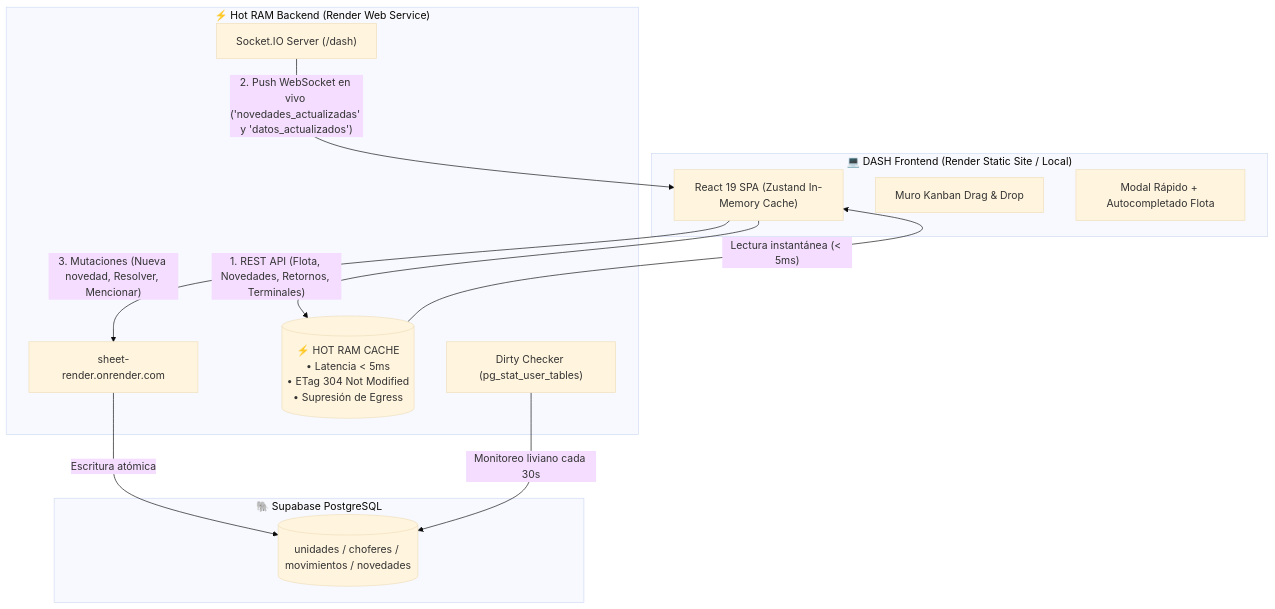
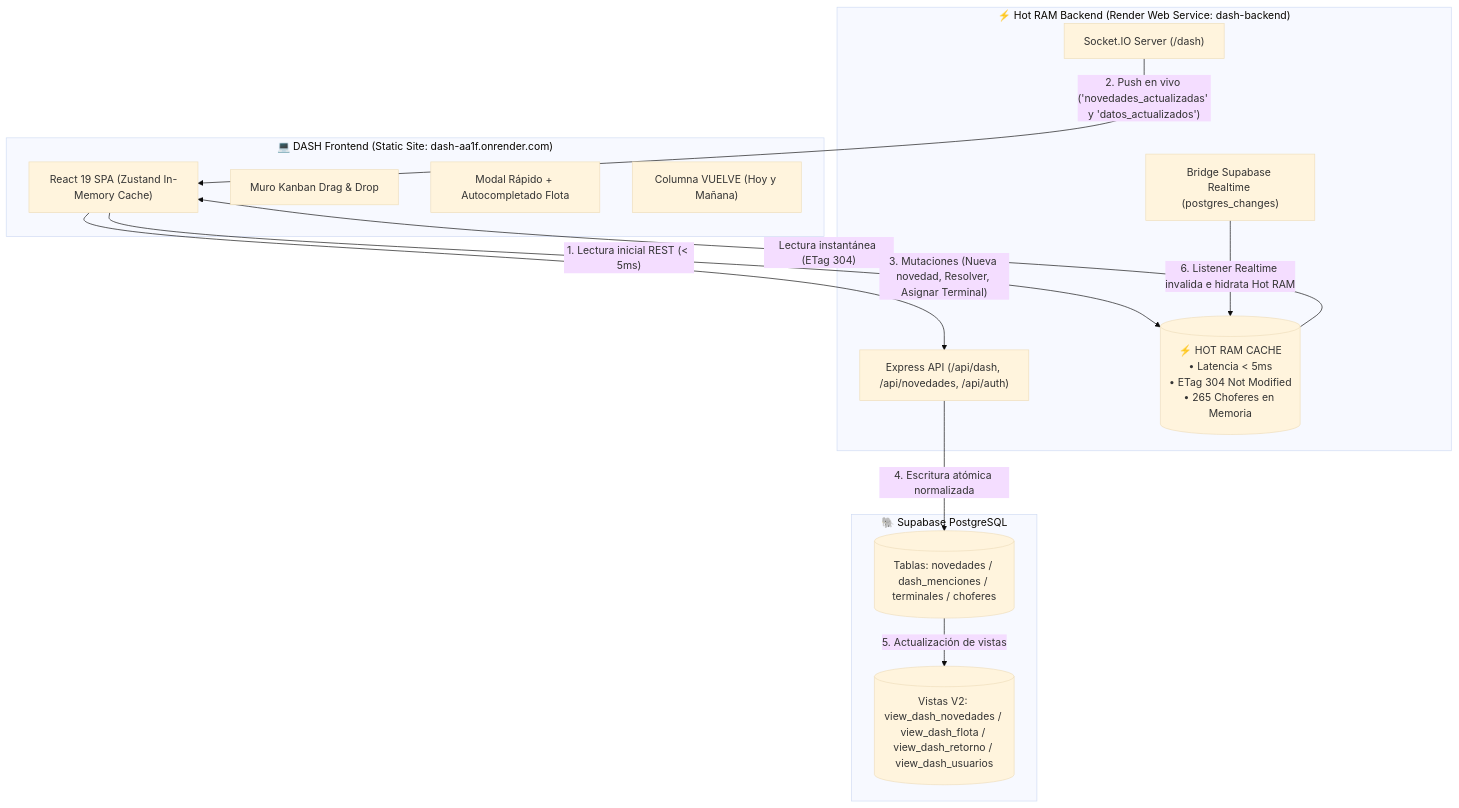
Before and after one commit to matiENA/DASH: the diagram in README.md, drawn with Mermaid (base theme). The commit also changed other lines of this file and 68 other files, not shown here.

Commit message:
feat: restructure monorepo (dash-backend web service blueprint & react 19 static site)

````diff
--- a/README.md
+++ b/README.md
@@ -12,26 +13,29 @@
 ```mermaid
 flowchart TD
-    subgraph Client["💻 DASH Frontend (Render Static Site / Local)"]
+    subgraph Client["💻 DASH Frontend (Static Site: dash-aa1f.onrender.com)"]
         SPA["React 19 SPA (Zustand In-Memory Cache)"]
         Kanban["Muro Kanban Drag & Drop"]
         Modal["Modal Rápido + Autocompletado Flota"]
+        Vuelve["Columna VUELVE (Hoy y Mañana)"]
     end
 
-    subgraph CloudBackend["⚡ Hot RAM Backend (Render Web Service)"]
-        SR["sheet-render.onrender.com"]
-        RAM[("⚡ HOT RAM CACHE\n• Latencia < 5ms\n• ETag 304 Not Modified\n• Supresión de Egress")]
+    subgraph CloudBackend["⚡ Hot RAM Backend (Render Web Service: dash-backend)"]
+        Express["Express API (/api/dash, /api/novedades, /api/auth)"]
+        RAM[("⚡ HOT RAM CACHE\n• Latencia < 5ms\n• ETag 304 Not Modified\n• 265 Choferes en Memoria")]
         SIO["Socket.IO Server (/dash)"]
-        DC["Dirty Checker (pg_stat_user_tables)"]
+        RTBridge["Bridge Supabase Realtime (postgres_changes)"]
     end
 
     subgraph SupabaseDB["🐘 Supabase PostgreSQL"]
-        Tables[("unidades / choferes / movimientos / novedades")]
+        Tables[("Tablas: novedades / dash_menciones / terminales / choferes")]
+        Views[("Vistas V2: view_dash_novedades / view_dash_flota / view_dash_retorno / view_dash_usuarios")]
     end
 
-    SPA -->|"1. REST API (Flota, Novedades, Retornos, Terminales)"| RAM
-    RAM -->|"Lectura instantánea (< 5ms)"| SPA
-    SIO -->|"2. Push WebSocket en vivo ('novedades_actualizadas' y 'datos_actualizados')"| SPA
-    SPA -->|"3. Mutaciones (Nueva novedad, Resolver, Mencionar)"| SR
-    SR -->|"Escritura atómica"| Tables
-    DC -->|"Monitoreo liviano cada 30s"| Tables
+    SPA -->|"1. Lectura inicial REST (< 5ms)"| RAM
+    RAM -->|"Lectura instantánea (ETag 304)"| SPA
+    SIO -->|"2. Push en vivo ('novedades_actualizadas' y 'datos_actualizados')"| SPA
+    SPA -->|"3. Mutaciones (Nueva novedad, Resolver, Asignar Terminal)"| Express
+    Express -->|"4. Escritura atómica normalizada"| Tables
+    Tables -->|"5. Actualización de vistas"| Views
+    RTBridge -->|"6. Listener Realtime invalida e hidrata Hot RAM"| RAM
 ```
````
